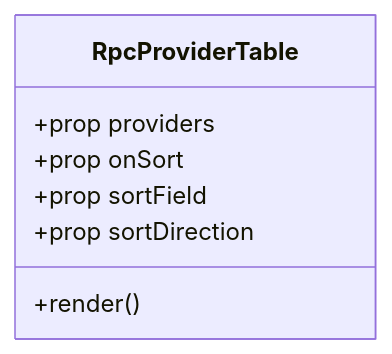
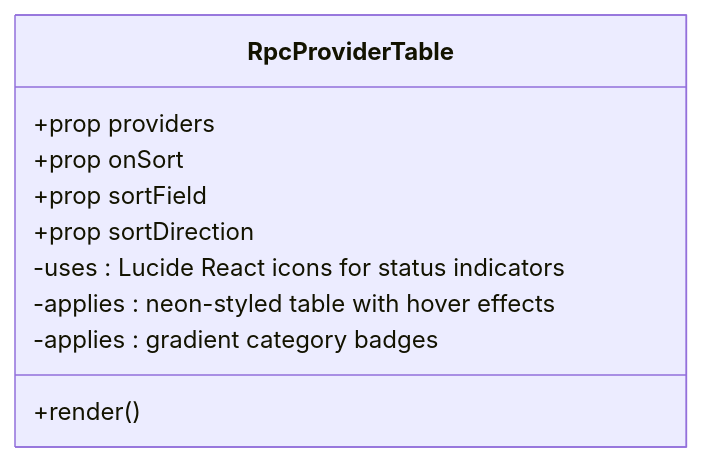
One commit to RunTimeAdmin/InfraWatch changed diagram 14 of 19 in .qoder/repowiki/en/content/Frontend Architecture/Component Architecture.md. Above: the diagram before and after it, drawn with Mermaid. The commit also changed other lines of this file and 12 other files, not shown here.

````diff
--- a/.qoder/repowiki/en/content/Frontend Architecture/Component Architecture.md
+++ b/.qoder/repowiki/en/content/Frontend Architecture/Component Architecture.md
@@ -450,10 +495,13 @@
 ```mermaid
 classDiagram
 class RpcProviderTable {
 +prop providers
 +prop onSort
 +prop sortField
 +prop sortDirection
 +render()
+-uses : Lucide React icons for status indicators
+-applies : neon-styled table with hover effects
+-applies : gradient category badges
 }
 ```
````
